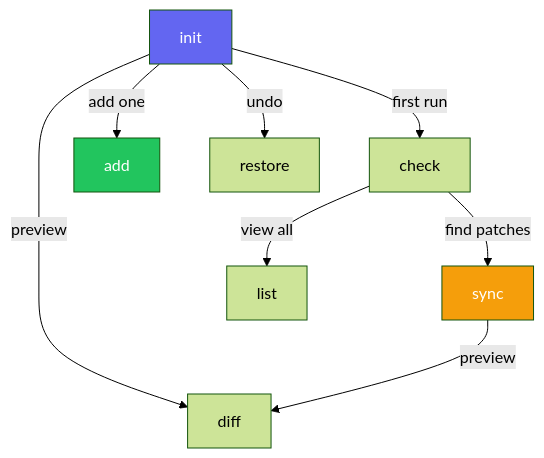
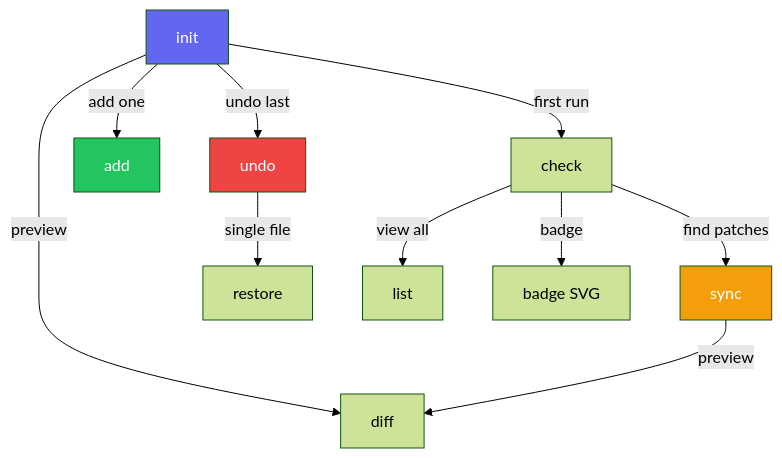
Before and after one commit to agustinusnathaniel/xtarter: the diagram in apps/docs/src/content/docs/xtarterize/guide/cli/overview.mdx, drawn with Mermaid (forest theme). The commit also changed other lines of this file and 1 other file, not shown here.

First line of the commit message:
docs: document undo command, interactive add, and badge flag

````diff
--- a/apps/docs/src/content/docs/xtarterize/guide/cli/overview.mdx
+++ b/apps/docs/src/content/docs/xtarterize/guide/cli/overview.mdx
@@ -258,14 +290,17 @@
 ```mermaid
 flowchart TD
     A[init] -->|first run| B[check]
     A -->|preview| C[diff]
     B -->|find patches| D[sync]
     D -->|preview| C
     A -->|add one| E[add]
-    A -->|undo| F[restore]
+    A -->|undo last| H[undo]
+    H -->|single file| F[restore]
     B -->|view all| G[list]
+    B -->|badge| I[badge SVG]
     
     style A fill:#6366f1,color:#fff
     style D fill:#f59e0b,color:#fff
     style E fill:#22c55e,color:#fff
+    style H fill:#ef4444,color:#fff
 ```
````
